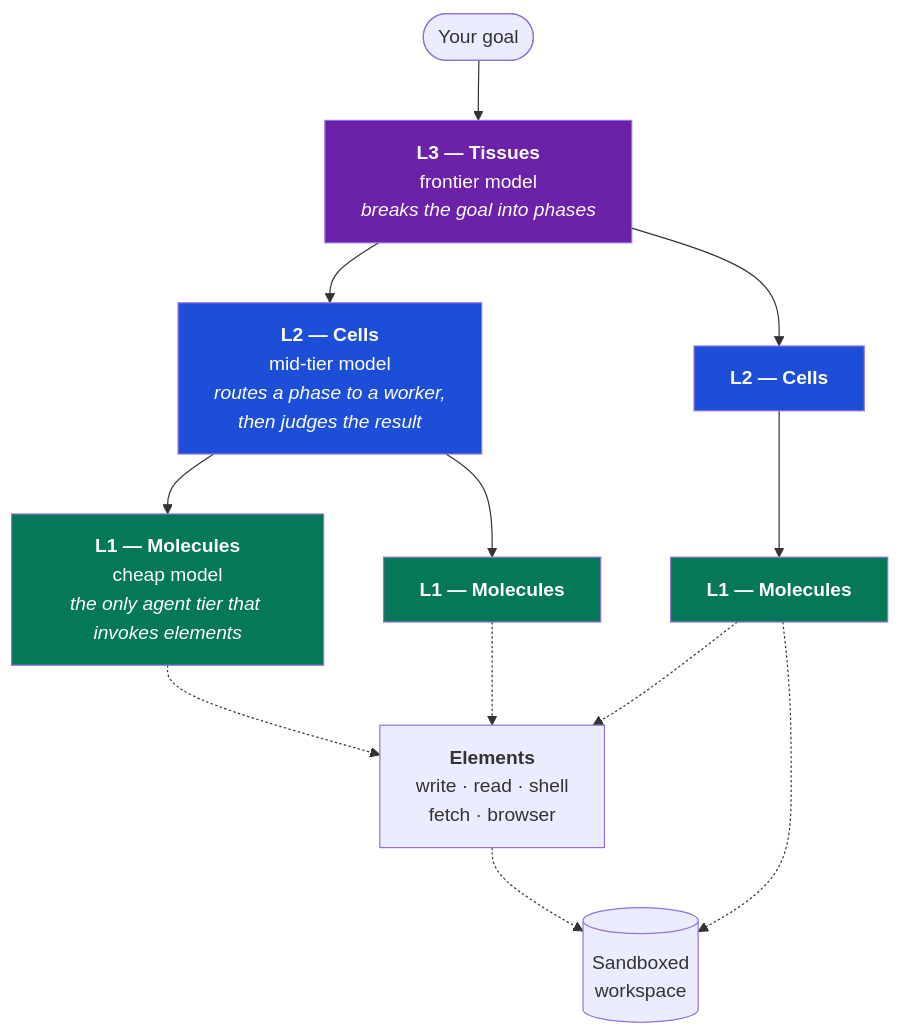
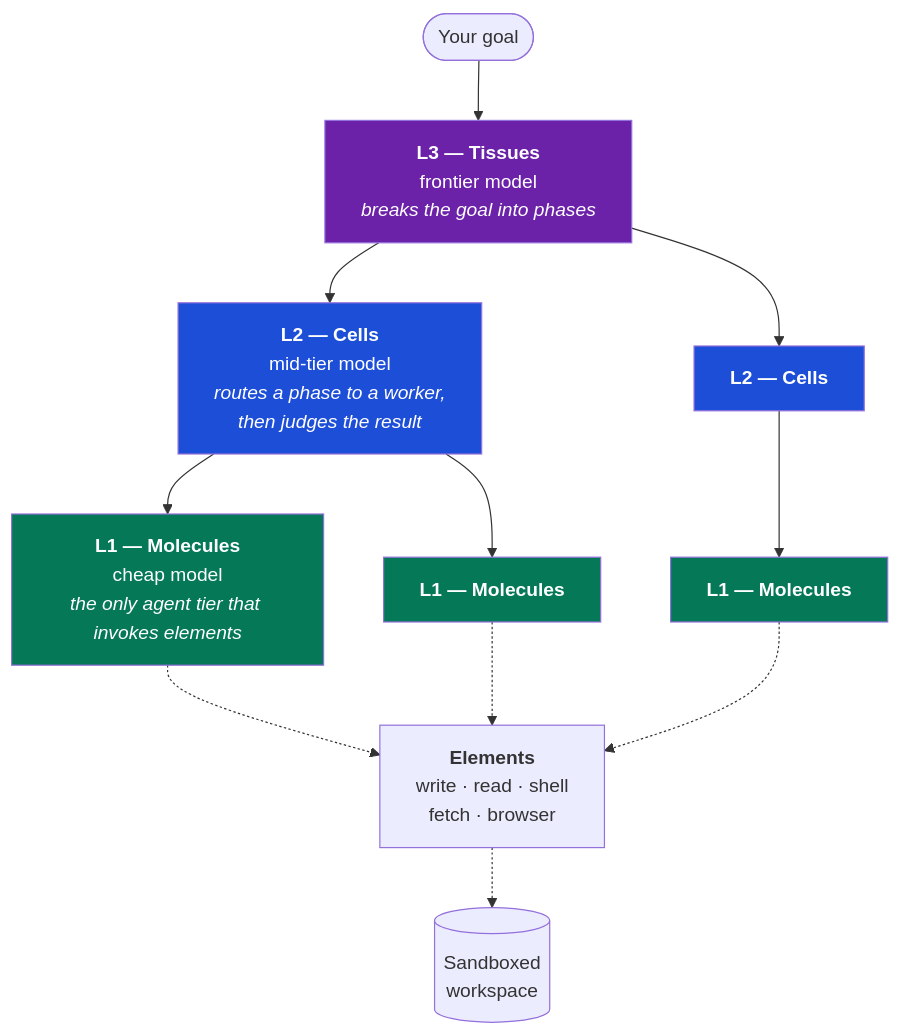
Before and after one commit to mgtf/atoma: the first of 6 diagrams in docs/how-it-works.md, drawn with Mermaid. The commit also changed other lines of this file and 7 other files, not shown here.

````diff
--- a/docs/how-it-works.md
+++ b/docs/how-it-works.md
@@ -25,23 +26,22 @@
 ```mermaid
 graph TB
     APP([Your goal]) --> L3
     L3["<b>L3 — Tissues</b><br/>frontier model<br/><i>breaks the goal into phases</i>"] --> L2A
     L3 --> L2B
     L2A["<b>L2 — Cells</b><br/>mid-tier model<br/><i>routes a phase to a worker,<br/>then judges the result</i>"] --> L1A
     L2A --> L1B
     L2B["<b>L2 — Cells</b>"] --> L1C
     L1A["<b>L1 — Molecules</b><br/>cheap model<br/><i>the only agent tier that invokes elements</i>"]
     L1B["<b>L1 — Molecules</b>"]
     L1C["<b>L1 — Molecules</b>"]
     L1A -.-> E["<b>Elements</b><br/>write · read · shell<br/>fetch · browser"]
     L1B -.-> E
     L1C -.-> E
     E -.-> WS[("Sandboxed<br/>workspace")]
-    L1C -.-> WS
     style L3 fill:#6b21a8,color:#fff
     style L2A fill:#1d4ed8,color:#fff
     style L2B fill:#1d4ed8,color:#fff
     style L1A fill:#047857,color:#fff
     style L1B fill:#047857,color:#fff
     style L1C fill:#047857,color:#fff
 ```
````
